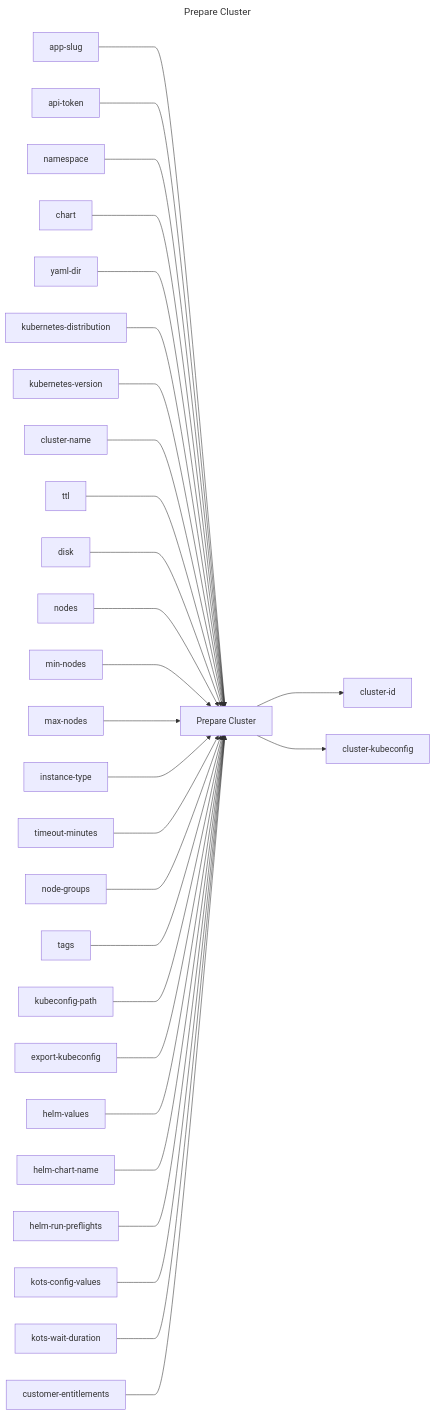
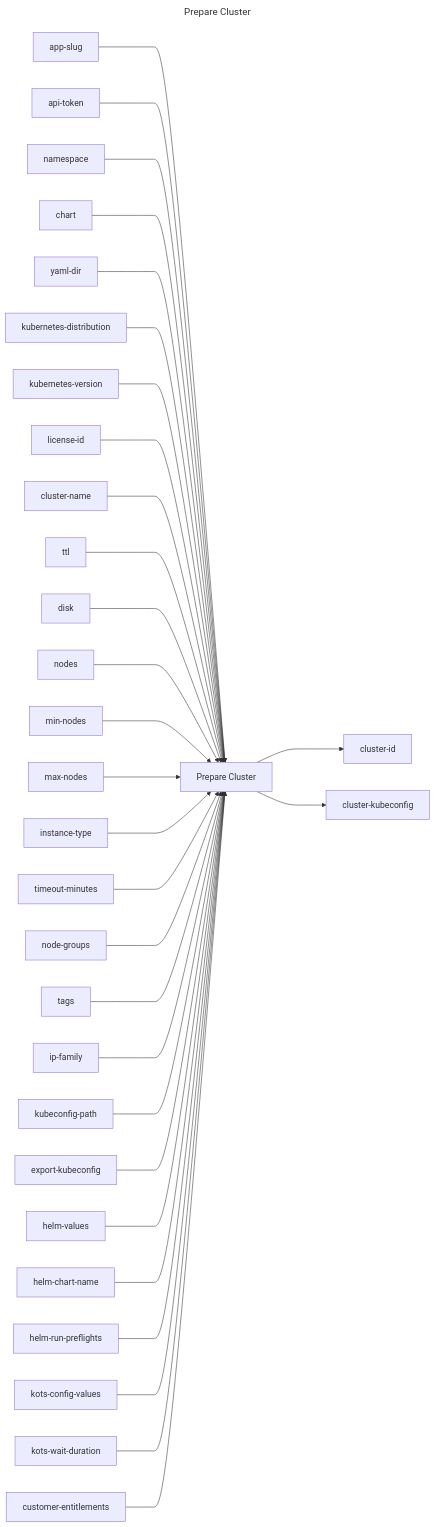
One commit to replicatedhq/replicated-actions changed the diagram in prepare-cluster/README.md. Above: the diagram before and after it, drawn with Mermaid. The commit also changed other lines of this file, not shown here.

Commit message:
Adding license-id and ip-family to prepare cluster

````diff
--- a/prepare-cluster/README.md
+++ b/prepare-cluster/README.md
@@ -3,61 +3,65 @@
 ```mermaid
 ---
 title: Prepare Cluster
 ---
 graph LR
 prepare_cluster["Prepare Cluster"]
 app_slug["app-slug"]
 api_token["api-token"]
 namespace["namespace"]
 chart["chart"]
 yaml_dir["yaml-dir"]
 kubernetes_distribution["kubernetes-distribution"]
 kubernetes_version["kubernetes-version"]
+license_id["license-id"]
 cluster_name["cluster-name"]
 ttl["ttl"]
 disk["disk"]
 nodes["nodes"]
 min_nodes["min-nodes"]
 max_nodes["max-nodes"]
 instance_type["instance-type"]
 timeout_minutes["timeout-minutes"]
 node_groups["node-groups"]
 tags["tags"]
+ip_family["ip-family"]
 kubeconfig_path["kubeconfig-path"]
 export_kubeconfig["export-kubeconfig"]
 helm_values["helm-values"]
 helm_chart_name["helm-chart-name"]
 helm_run_preflights["helm-run-preflights"]
 kots_config_values["kots-config-values"]
 kots_wait_duration["kots-wait-duration"]
 customer_entitlements["customer-entitlements"]
 cluster_id["cluster-id"]
 cluster_kubeconfig["cluster-kubeconfig"]
 app_slug ---> prepare_cluster
 api_token ---> prepare_cluster
 namespace ---> prepare_cluster
 chart ---> prepare_cluster
 yaml_dir ---> prepare_cluster
 kubernetes_distribution ---> prepare_cluster
 kubernetes_version ---> prepare_cluster
+license_id ---> prepare_cluster
 cluster_name ---> prepare_cluster
 ttl ---> prepare_cluster
 disk ---> prepare_cluster
 nodes ---> prepare_cluster
 min_nodes ---> prepare_cluster
 max_nodes ---> prepare_cluster
 instance_type ---> prepare_cluster
 timeout_minutes ---> prepare_cluster
 node_groups ---> prepare_cluster
 tags ---> prepare_cluster
+ip_family ---> prepare_cluster
 kubeconfig_path ---> prepare_cluster
 export_kubeconfig ---> prepare_cluster
 helm_values ---> prepare_cluster
 helm_chart_name ---> prepare_cluster
 helm_run_preflights ---> prepare_cluster
 kots_config_values ---> prepare_cluster
 kots_wait_duration ---> prepare_cluster
 customer_entitlements ---> prepare_cluster
 prepare_cluster ---> cluster_id
 prepare_cluster ---> cluster_kubeconfig
 ```
````
